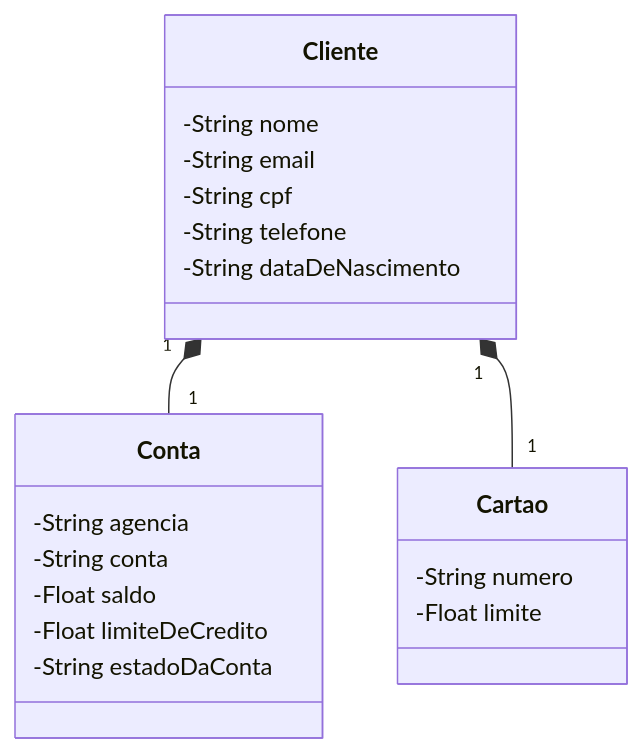
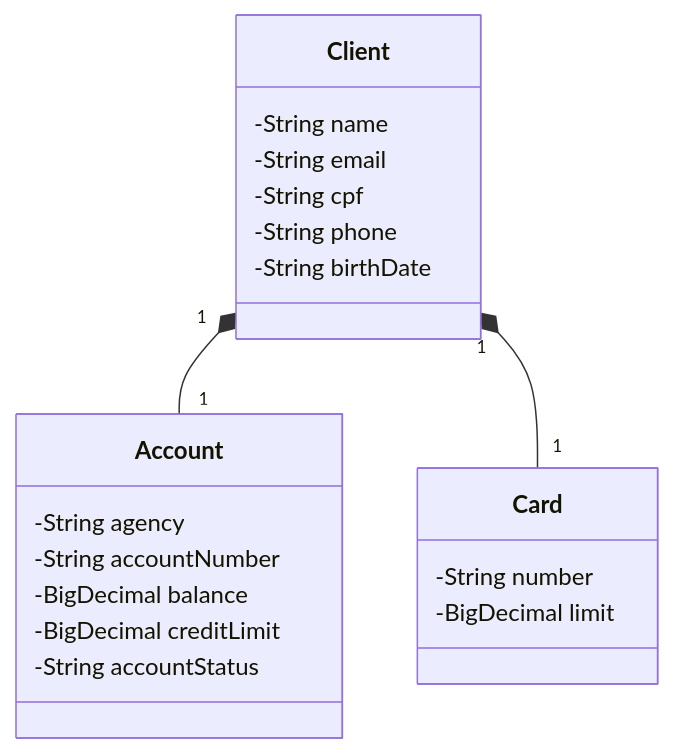
The diagram in README.md (I-Augusto/Projeto.API-Banco), drawn with Mermaid before and after one commit.

````diff
--- a/README.md
+++ b/README.md
@@ -7,27 +7,28 @@
 ```mermaid
 classDiagram
-    class Cliente {
-        -String nome
+    class Client {
+        -String name
         -String email
         -String cpf
-        -String telefone
-        -String dataDeNascimento
+        -String phone
+        -String birthDate
     }
 
-    class Conta {
-        -String agencia
-        -String conta
-        -Float saldo
-        -Float limiteDeCredito
-        -String estadoDaConta
+    class Account {
+        -String agency
+        -String accountNumber
+        -BigDecimal balance
+        -BigDecimal creditLimit
+        -String accountStatus
     }
 
-    class Cartao {
-        -String numero
-        -Float limite
+    class Card {
+        -String number
+        -BigDecimal limit
     }
 
-    Cliente "1" *-- "1" Conta 
-    Cliente "1" *-- "1" Cartao 
+    Client "1" *-- "1" Account 
+    Client "1" *-- "1" Card
+
 
 ```
````
